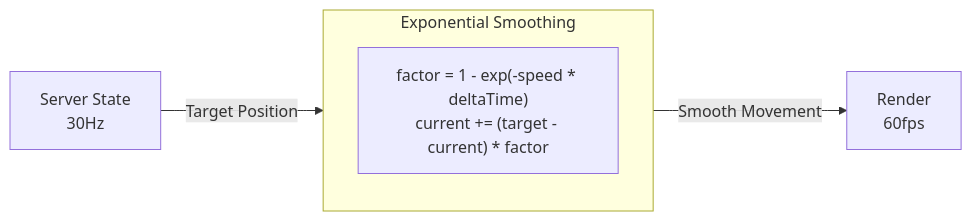
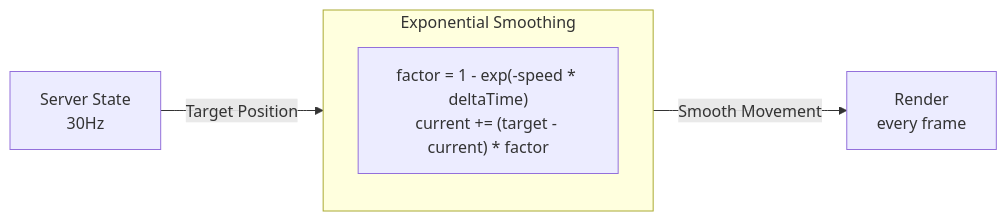
The seventh of 8 diagrams in docs/ARCHITECTURE.md (nguyenvanduocit/the-car-game), drawn with Mermaid before and after one commit. The commit also changed other lines of this file and 18 other files, not shown here.

````diff
--- a/docs/ARCHITECTURE.md
+++ b/docs/ARCHITECTURE.md
@@ -361,9 +377,9 @@
 ```mermaid
 graph LR
     Server[Server State<br/>30Hz] -->|Target Position| Interpolation
-    Interpolation -->|Smooth Movement| Render[Render<br/>60fps]
+    Interpolation -->|Smooth Movement| Render[Render<br/>every frame]
 
     subgraph Interpolation["Exponential Smoothing"]
         formula["factor = 1 - exp(-speed * deltaTime)<br/>current += (target - current) * factor"]
     end
 ```
````
